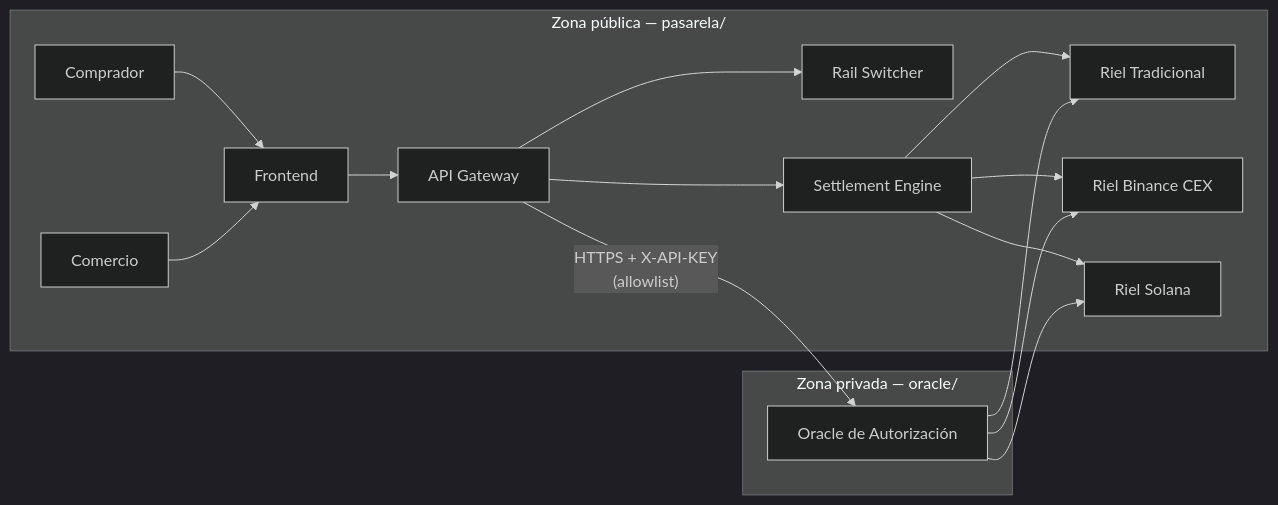
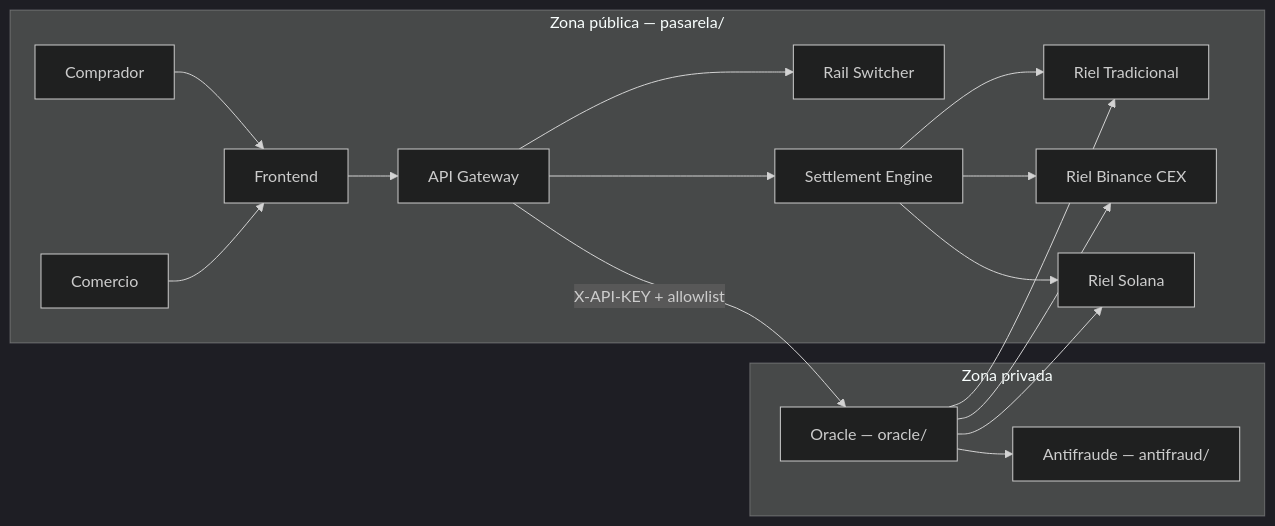
One commit to rastrahm/pasarela changed the first of 17 diagrams in Doc/Casos-de-Uso-ER-Flujos.md. Above: the diagram before and after it, drawn with Mermaid (dark theme). The commit also changed other lines of this file and 4 other files, not shown here.

````diff
--- a/Doc/Casos-de-Uso-ER-Flujos.md
+++ b/Doc/Casos-de-Uso-ER-Flujos.md
@@ -24,22 +26,24 @@
 ```mermaid
 flowchart LR
     subgraph Public["Zona pública — pasarela/"]
         Comprador --> Frontend
         Comercio --> Frontend
         Frontend --> Gateway["API Gateway"]
         Gateway --> Switcher["Rail Switcher"]
         Gateway --> Settlement["Settlement Engine"]
         Settlement --> Bank["Riel Tradicional"]
         Settlement --> Binance["Riel Binance CEX"]
         Settlement --> Solana["Riel Solana"]
     end
 
-    subgraph Private["Zona privada — oracle/"]
-        Oracle["Oracle de Autorización"]
+    subgraph Private["Zona privada"]
+        Oracle["Oracle — oracle/"]
+        AF["Antifraude — antifraud/"]
     end
 
-    Gateway -->|"HTTPS + X-API-KEY\n(allowlist)"| Oracle
+    Gateway -->|"X-API-KEY + allowlist"| Oracle
+    Oracle --> AF
     Oracle --> Bank
     Oracle --> Binance
     Oracle --> Solana
 ```
````
